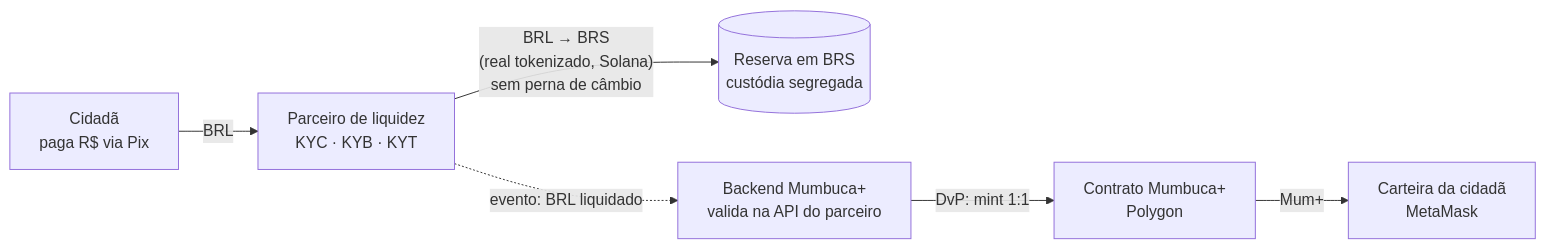
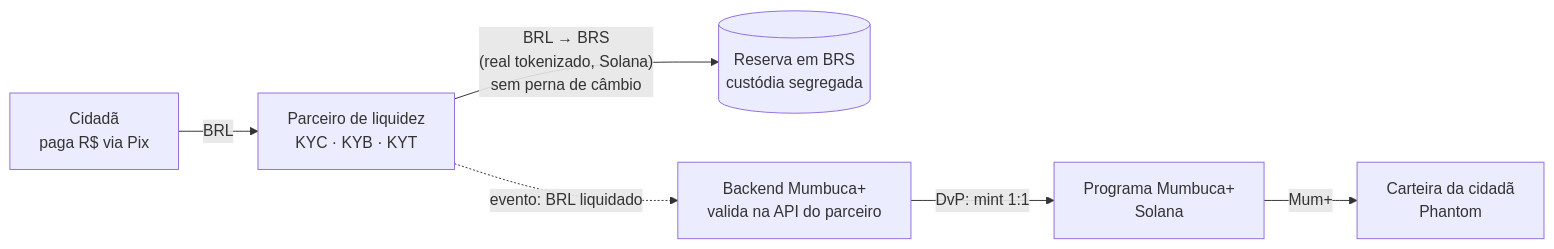
Before and after one commit to Peragus01/Mumbuca-plus: the first of 4 diagrams in README.md, drawn with Mermaid. The commit also changed other lines of this file and 1 other file, not shown here.

Commit message:
docs: switch READMEs from Polygon to Solana (Anchor program, Token-2022, PDA receipts)

````diff
--- a/README.md
+++ b/README.md
@@ -58,8 +58,8 @@
 ```mermaid
 flowchart LR
     A["Cidadã<br/>paga R$ via Pix"] -->|BRL| B["Parceiro de liquidez<br/>KYC · KYB · KYT"]
     B -->|"BRL → BRS<br/>(real tokenizado, Solana)<br/>sem perna de câmbio"| C[("Reserva em BRS<br/>custódia segregada")]
     B -.->|"evento: BRL liquidado"| D["Backend Mumbuca+<br/>valida na API do parceiro"]
-    D -->|"DvP: mint 1:1"| E["Contrato Mumbuca+<br/>Polygon"]
-    E -->|"Mum+"| F["Carteira da cidadã<br/>MetaMask"]
+    D -->|"DvP: mint 1:1"| E["Programa Mumbuca+<br/>Solana"]
+    E -->|"Mum+"| F["Carteira da cidadã<br/>Phantom"]
 ```
````
